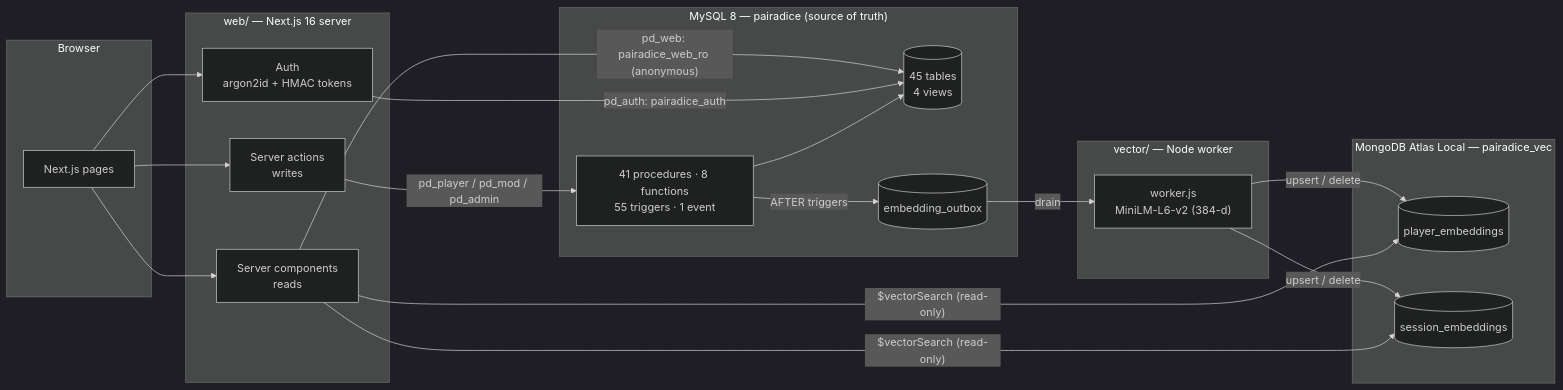
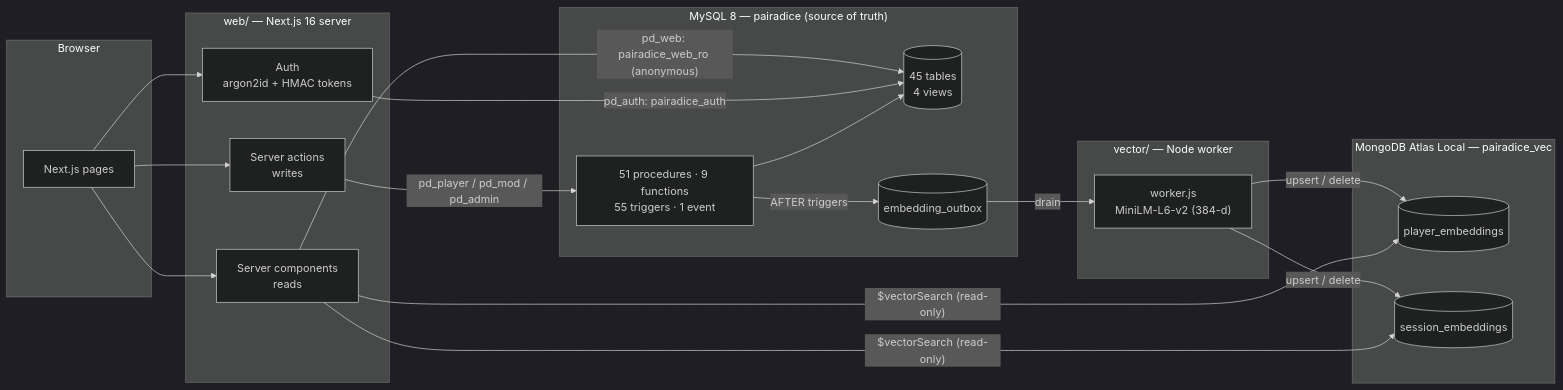
The diagram in README.md (CloudStone16/Pairadice), drawn with Mermaid (dark theme) before and after one commit. The commit also changed other lines of this file and 2 other files, not shown here.

````diff
--- a/README.md
+++ b/README.md
@@ -59,37 +62,37 @@
 ```mermaid
 flowchart LR
   subgraph Browser
     UI["Next.js pages"]
   end
 
   subgraph Web["web/ — Next.js 16 server"]
     RSC["Server components<br/>reads"]
     SA["Server actions<br/>writes"]
     AUTH["Auth<br/>argon2id + HMAC tokens"]
   end
 
   subgraph MySQL["MySQL 8 — pairadice (source of truth)"]
     T[("45 tables<br/>4 views")]
-    R["41 procedures · 8 functions<br/>55 triggers · 1 event"]
+    R["51 procedures · 9 functions<br/>55 triggers · 1 event"]
     OB[("embedding_outbox")]
   end
 
   subgraph Vec["vector/ — Node worker"]
     W["worker.js<br/>MiniLM-L6-v2 (384-d)"]
   end
 
   subgraph Mongo["MongoDB Atlas Local — pairadice_vec"]
     PE[("player_embeddings")]
     SE[("session_embeddings")]
   end
 
   UI --> RSC & SA & AUTH
   RSC -- "pd_web: pairadice_web_ro (anonymous)" --> T
   AUTH -- "pd_auth: pairadice_auth" --> T
   SA -- "pd_player / pd_mod / pd_admin" --> R
   R --> T
   R -- "AFTER triggers" --> OB
   OB -- "drain" --> W
   W -- "upsert / delete" --> PE & SE
   RSC -- "$vectorSearch (read-only)" --> PE & SE
 ```
````
